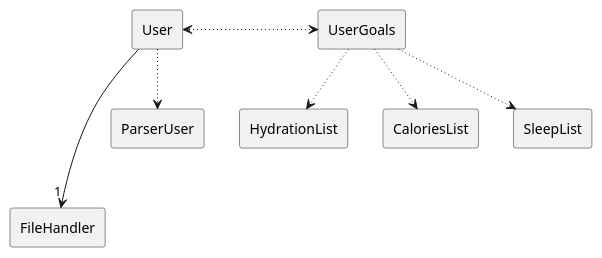
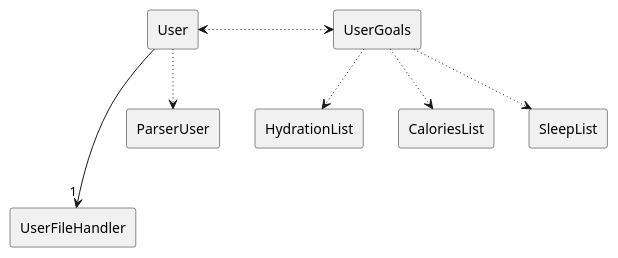
The diagram in docs/diagrams/user.puml (AY2324S2-CS2113-F15-2/tp), drawn with PlantUML before and after one commit. The commit also changed 2 other files, not shown here.

```diff
--- a/docs/diagrams/user.puml
+++ b/docs/diagrams/user.puml
@@ -1,24 +1,24 @@
 @startuml
 
 rectangle User
 
-rectangle FileHandler
+rectangle UserFileHandler
 
 rectangle ParserUser
 
 rectangle UserGoals
 
 rectangle HydrationList
 rectangle CaloriesList
 rectangle SleepList
 
-User ---> "1" FileHandler
+User ---> "1" UserFileHandler
 User --[dotted]> ParserUser
 
 User <-[dotted]> UserGoals
 
 UserGoals --[dotted]> HydrationList
 UserGoals --[dotted]> CaloriesList
 UserGoals --[dotted]> SleepList
 
 @enduml
```
